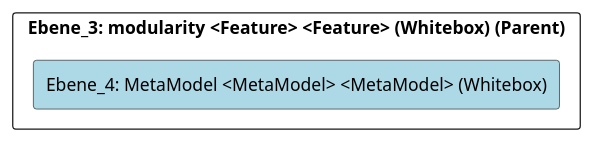
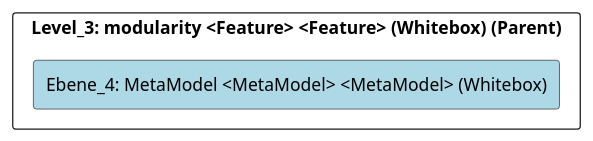
Before and after one commit to marcozwyssig/cleon: the diagram in doc/cleonproject_deliverables_architecture_model_architecture/adoc/de/05_bausteinsicht/cleon/common/modularity/metamodel/ebene_4_metamodel.adoc, drawn with PlantUML. The commit also changed other lines of this file and 169 other files, not shown here.

```diff
--- a/doc/cleonproject_deliverables_architecture_model_architecture/adoc/de/05_bausteinsicht/cleon/common/modularity/metamodel/ebene_4_metamodel.adoc
+++ b/doc/cleonproject_deliverables_architecture_model_architecture/adoc/de/05_bausteinsicht/cleon/common/modularity/metamodel/ebene_4_metamodel.adoc
@@ -20,24 +20,24 @@
 [plantuml, Ebene_4: MetaModel <MetaModel> <MetaModel> (Whitebox)BlockOverview, format="svg"]
 ----
 @startuml Ebene_4: MetaModel <MetaModel> <MetaModel> (Whitebox)BuildingBlockOverview
 
 skinparam ranksep 10
 skinparam componentStyle rectangle
 skinparam shadowing false
 skinparam arrowColor lightblue
 skinparam arrowThickness 1.2
 skinparam rectangle {
   BackgroundColor White
   BorderColor #333
   RoundCorner 10
 }
 top to bottom direction
 
-component "Ebene_3: modularity <Feature> <Feature> (Whitebox) (Parent)" {
+component "Level_3: modularity <Feature> <Feature> (Whitebox) (Parent)" {
     component "Ebene_4: MetaModel <MetaModel> <MetaModel> (Whitebox)" #lightblue {
     }
 
 }
 
 @enduml
 ----
```
